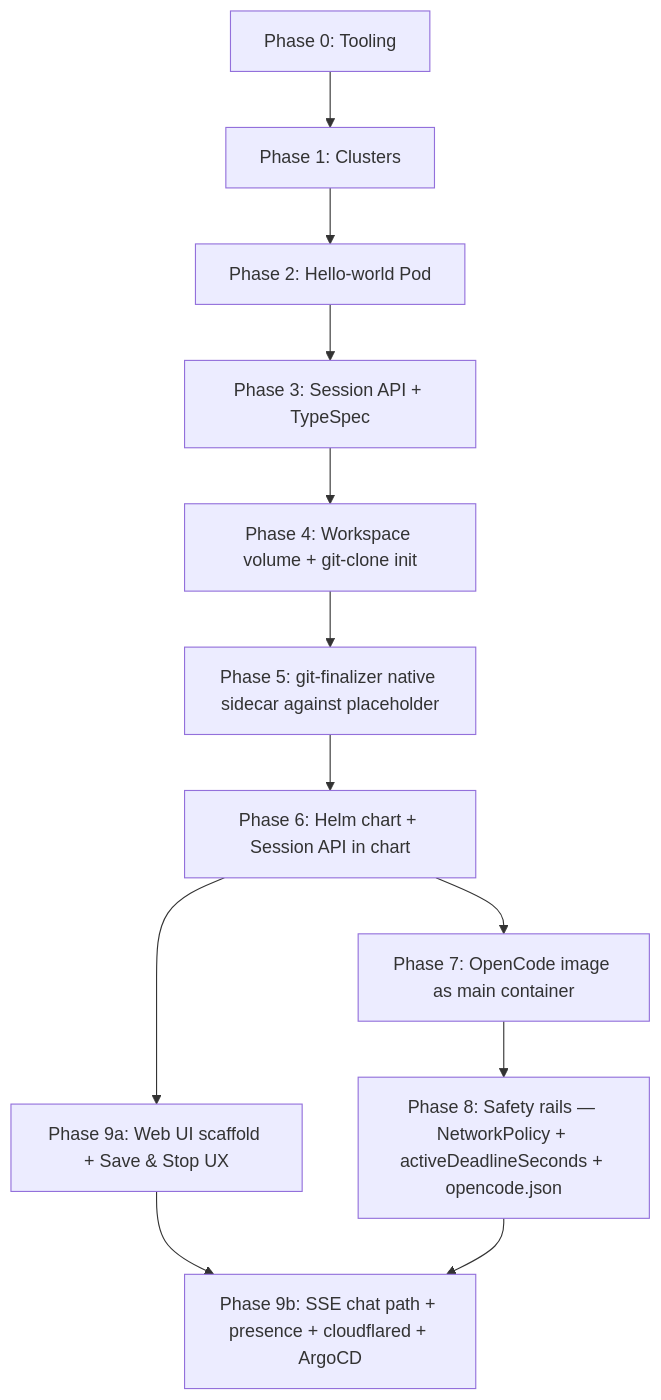
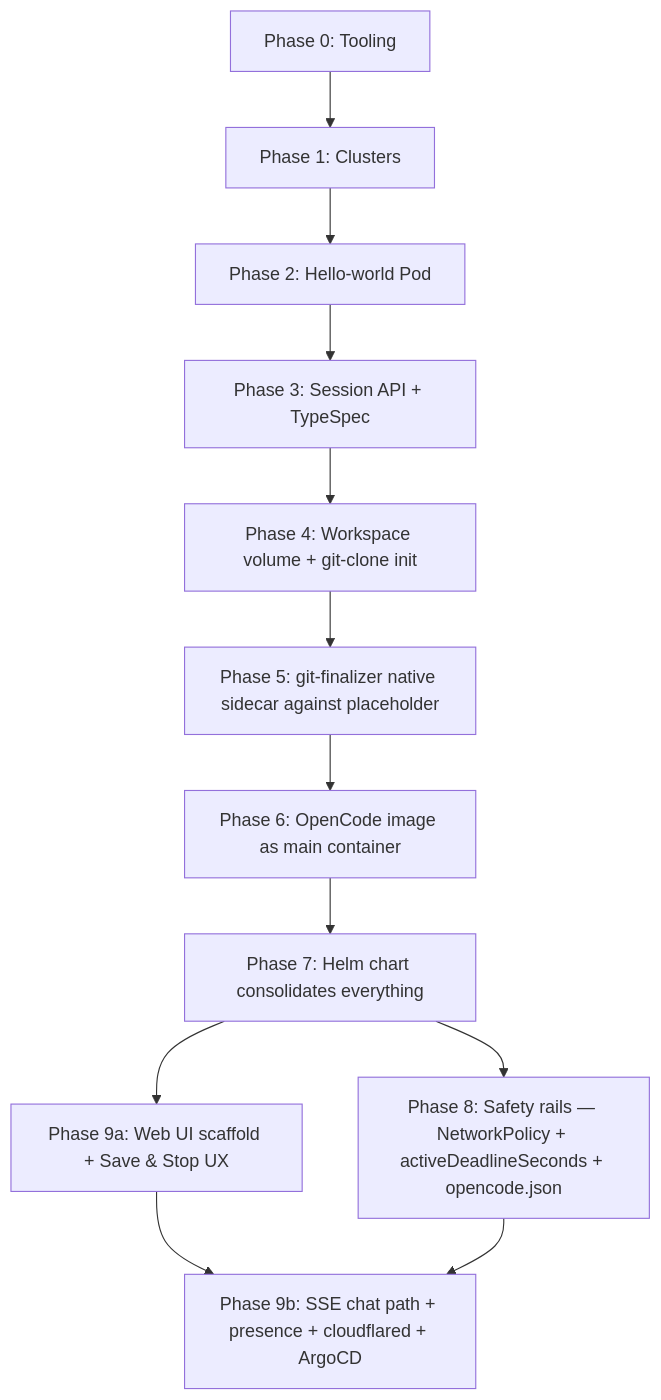
One commit to drigofonte/openvoid changed the first of 3 diagrams in docs/plans/2026-05-01-001-feat-v1-staged-walkthrough-plan.md. Above: the diagram before and after it, drawn with Mermaid. The commit also changed other lines of this file, not shown here.

````diff
--- a/docs/plans/2026-05-01-001-feat-v1-staged-walkthrough-plan.md
+++ b/docs/plans/2026-05-01-001-feat-v1-staged-walkthrough-plan.md
@@ -312,14 +313,14 @@
 ```mermaid
 graph TB
     P0[Phase 0: Tooling] --> P1[Phase 1: Clusters]
     P1 --> P2[Phase 2: Hello-world Pod]
     P2 --> P3[Phase 3: Session API + TypeSpec]
     P3 --> P4[Phase 4: Workspace volume + git-clone init]
     P4 --> P5[Phase 5: git-finalizer native sidecar against placeholder]
-    P5 --> P6[Phase 6: Helm chart + Session API in chart]
-    P6 --> P7[Phase 7: OpenCode image as main container]
+    P5 --> P6[Phase 6: OpenCode image as main container]
+    P6 --> P7[Phase 7: Helm chart consolidates everything]
     P7 --> P8[Phase 8: Safety rails — NetworkPolicy + activeDeadlineSeconds + opencode.json]
-    P6 --> P9a[Phase 9a: Web UI scaffold + Save & Stop UX]
+    P7 --> P9a[Phase 9a: Web UI scaffold + Save & Stop UX]
     P9a --> P9b[Phase 9b: SSE chat path + presence + cloudflared + ArgoCD]
     P8 --> P9b
 ```
````
